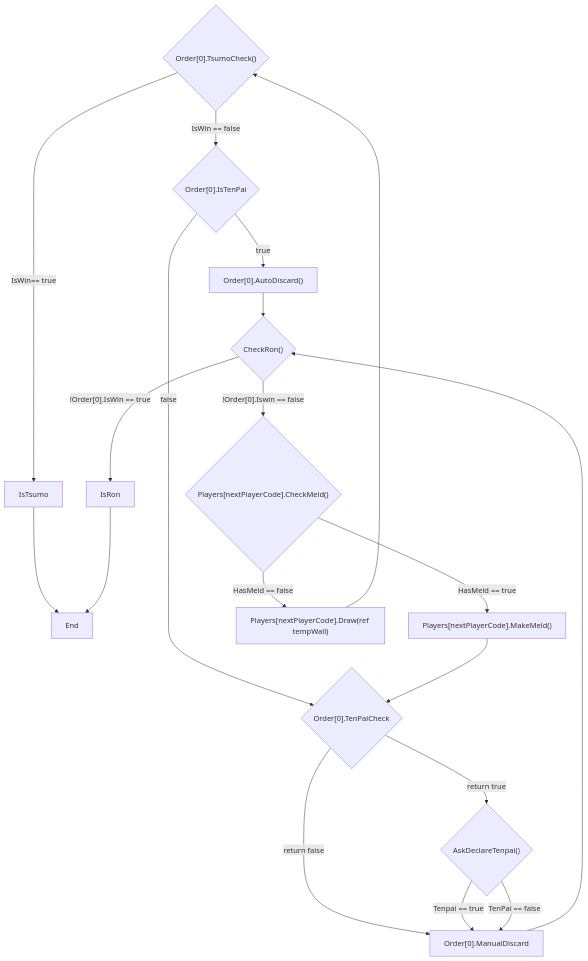
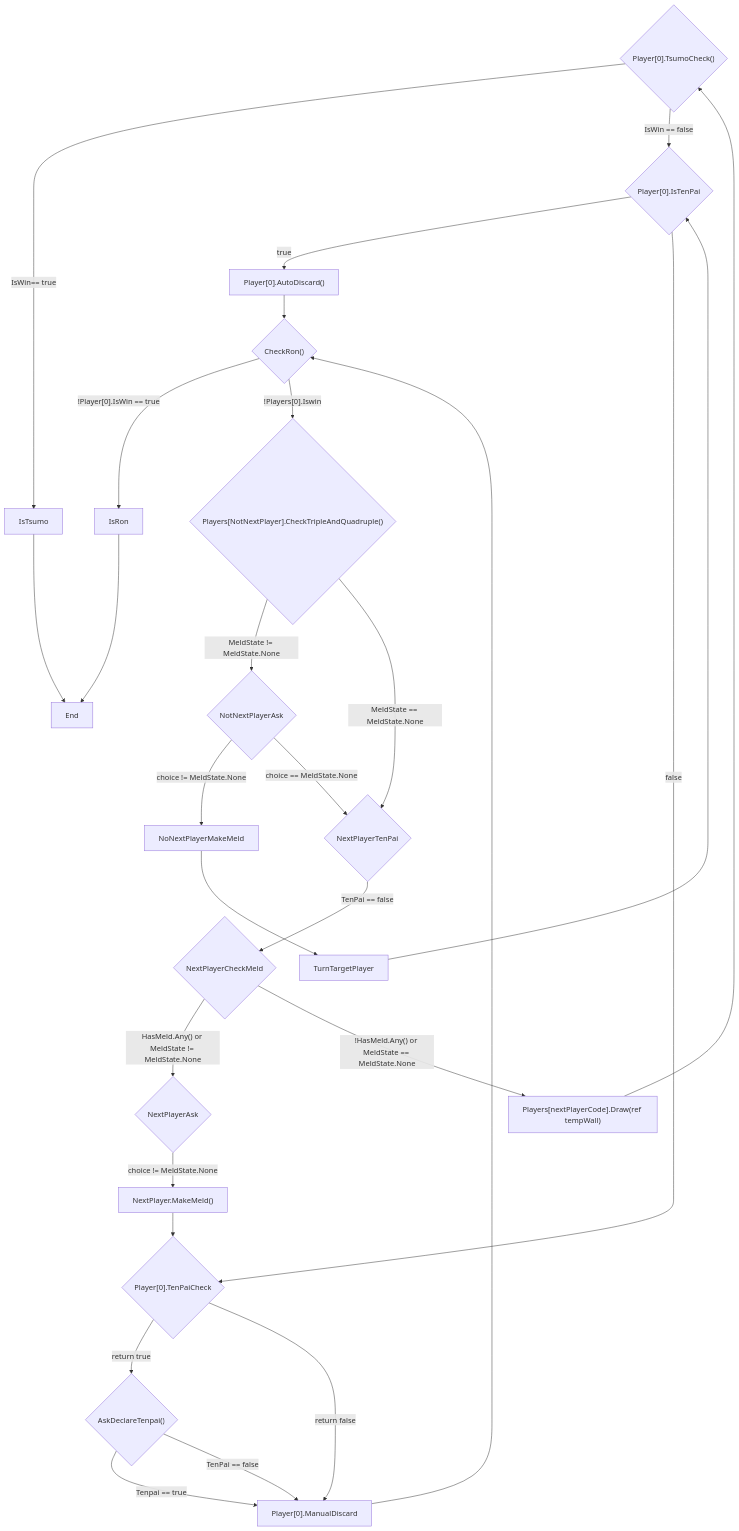
One commit to littletrainee/Protofolio-MahJongWorld changed the diagram in MahJongWorld/FlowChart/FlowChart-Win.md. Above: the diagram before and after it, drawn with Mermaid. The commit also changed 14 other files, not shown here.

````diff
--- a/MahJongWorld/FlowChart/FlowChart-Win.md
+++ b/MahJongWorld/FlowChart/FlowChart-Win.md
@@ -1,33 +1,47 @@
 ```mermaid
 graph TB
-State.CheckTsumo{"Order[0].TsumoCheck()"}-->|IsWin== true| State.IsTsumo
+State.CheckTsumo{"Player[0].TsumoCheck()"}-->|IsWin== true| State.IsTsumo
 State.CheckTsumo-->|IsWin == false| State.IsTenPai
 
 State.IsTsumo[IsTsumo]-->End
 
-State.IsTenPai{"Order[0].IsTenPai"}-->|true| State.AutoDiscard
+State.IsTenPai{"Player[0].IsTenPai"}-->|true| State.AutoDiscard
 State.IsTenPai-->|false| State.CheckTenPai
 
-State.AutoDiscard["Order[0].AutoDiscard()"] -->State.CheckRon
+State.AutoDiscard["Player[0].AutoDiscard()"] -->State.CheckRon
 
-State.CheckTenPai{"Order[0].TenPaiCheck"} --> |return true| State.AskDeclareTenPai
+State.CheckTenPai{"Player[0].TenPaiCheck"} --> |return true| State.AskDeclareTenPai
 State.CheckTenPai--> |return false| State.ManualDiscard
 
 State.AskDeclareTenPai{"AskDeclareTenpai()"}-->|Tenpai == true|State.ManualDiscard
 State.AskDeclareTenPai-->|TenPai == false|State.ManualDiscard
 
-State.ManualDiscard["Order[0].ManualDiscard"]-->State.CheckRon
+State.ManualDiscard["Player[0].ManualDiscard"]-->State.CheckRon
 
-State.CheckRon{"CheckRon()"}--> |"!Order[0].IsWin == true"| State.IsRon
+State.CheckRon{"CheckRon()"}--> |"!Player[0].IsWin == true"| State.IsRon
 
 State.IsRon[IsRon] --> End
-State.CheckRon-->|"!Order[0].Iswin == false"| State.CheckMeld
+State.CheckRon-->|"!Players[0].Iswin"| State.CheckMeld
 
-State.CheckMeld{"Players[nextPlayerCode].CheckMeld()"} -->|HasMeld == true| State.MakeMeld
-State.CheckMeld-->|HasMeld == false|State.DrawFromWall
+State.CheckMeld{"Players[NotNextPlayer].CheckTripleAndQuadruple()"} -->|"MeldState != MeldState.None"| NotNextPlayerAsk
 
-State.MakeMeld["Players[nextPlayerCode].MakeMeld()"] --> State.CheckTenPai
+NotNextPlayerAsk{"NotNextPlayerAsk"}-->|"choice != MeldState.None"| NotNextPlayerMakeMeld
+
+NotNextPlayerMakeMeld[NoNextPlayerMakeMeld]-->TurnTargetPlayer
+TurnTargetPlayer[TurnTargetPlayer]-->State.IsTenPai
+NotNextPlayerAsk-->|"choice == MeldState.None"|NextPlayerTenPai
+
+State.CheckMeld-->|MeldState == MeldState.None| NextPlayerTenPai
+NextPlayerTenPai{NextPlayerTenPai}-->|TenPai == false| NextPlayerCheckMeld
+
+NextPlayerCheckMeld{NextPlayerCheckMeld}-->|"HasMeld.Any() or MeldState != MeldState.None"| NextPlayerAsk
+
+NextPlayerAsk{NextPlayerAsk} --> |"choice != MeldState.None"| State.MakeMeld
+
+NextPlayerCheckMeld-->|"!HasMeld.Any() or MeldState == MeldState.None"|State.DrawFromWall
+
+State.MakeMeld["NextPlayer.MakeMeld()"] --> State.CheckTenPai
 
 State.DrawFromWall["Players[nextPlayerCode].Draw(ref tempWall)"]-->State.CheckTsumo
 
 ```
````
